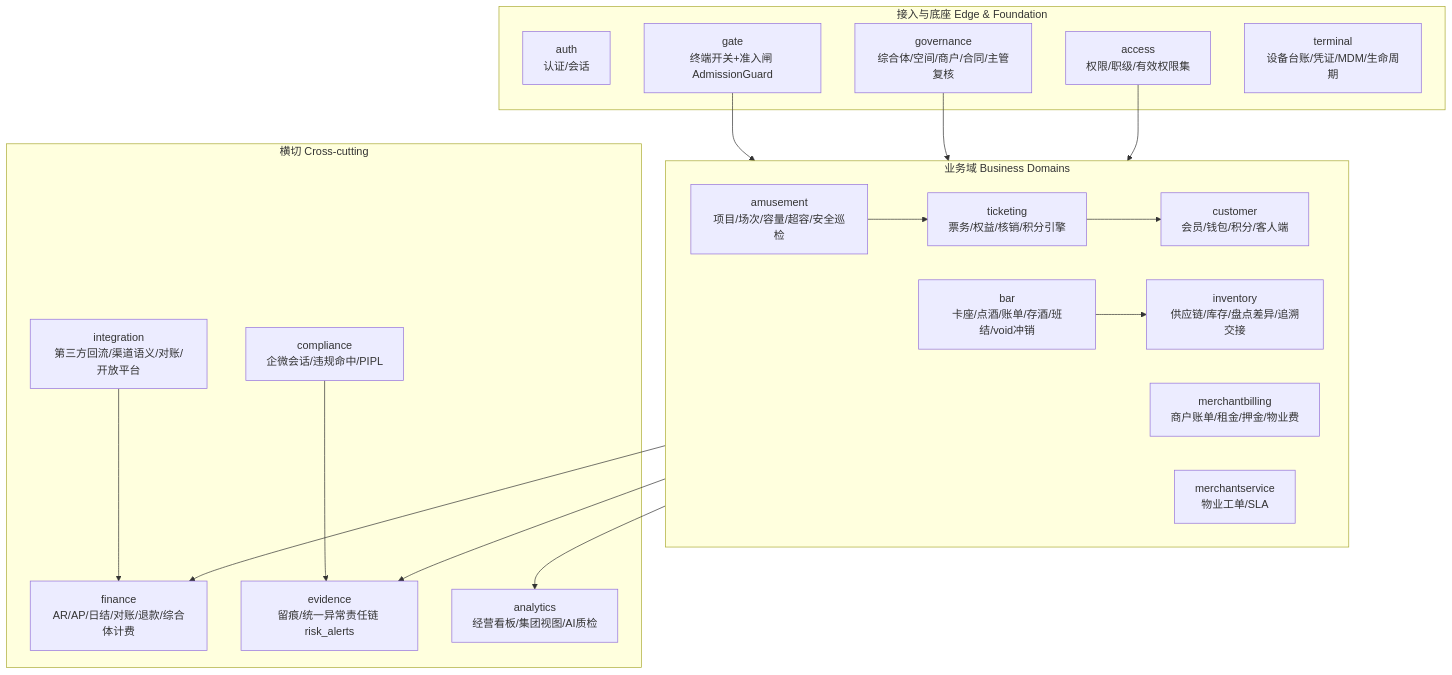
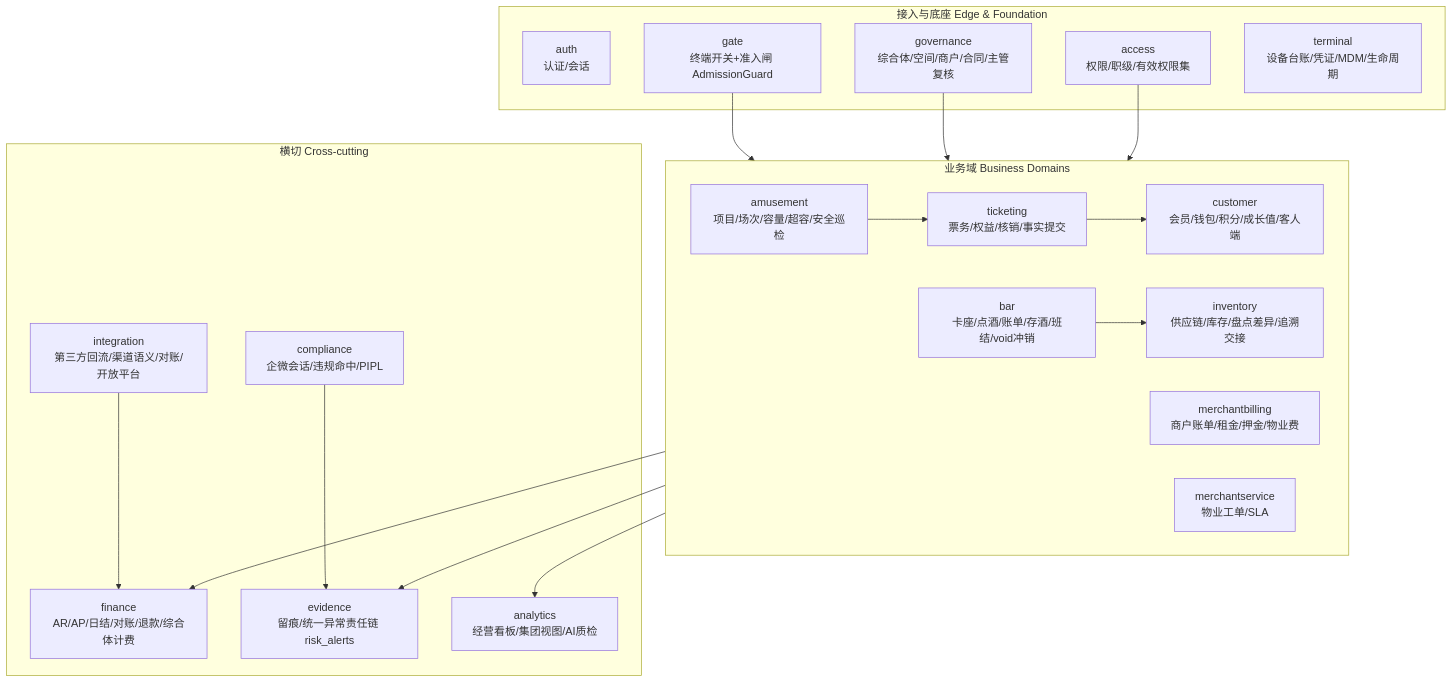
Before and after one commit to jxh1979/mall: the second of 5 diagrams in docs/architecture-overview-v0.1.md, drawn with Mermaid. The commit also changed other lines of this file and 11 other files, not shown here.

Commit message:
docs: 收口 M02 业务分层与总图文档出处对齐

````diff
--- a/docs/architecture-overview-v0.1.md
+++ b/docs/architecture-overview-v0.1.md
@@ -52,40 +52,40 @@
 ```mermaid
 graph TB
   subgraph Edge["接入与底座 Edge & Foundation"]
     AUTH["auth<br/>认证/会话"]
     GATE["gate<br/>终端开关+准入闸 AdmissionGuard"]
     ACCESS["access<br/>权限/职级/有效权限集"]
     GOV["governance<br/>综合体/空间/商户/合同/主管复核"]
     TERM["terminal<br/>设备台账/凭证/MDM/生命周期"]
   end
 
   subgraph Biz["业务域 Business Domains"]
-    TKT["ticketing<br/>票务/权益/核销/积分引擎"]
+    TKT["ticketing<br/>票务/权益/核销/事实提交"]
     BAR["bar<br/>卡座/点酒/账单/存酒/班结/void冲销"]
     INV["inventory<br/>供应链/库存/盘点差异/追溯交接"]
     AMU["amusement<br/>项目/场次/容量/超容/安全巡检"]
-    CUS["customer<br/>会员/钱包/积分/客人端"]
+    CUS["customer<br/>会员/钱包/积分/成长值/客人端"]
     MB["merchantbilling<br/>商户账单/租金/押金/物业费"]
     MS["merchantservice<br/>物业工单/SLA"]
   end
 
   subgraph Cross["横切 Cross-cutting"]
     FIN["finance<br/>AR/AP/日结/对账/退款/综合体计费"]
     EVID["evidence<br/>留痕/统一异常责任链 risk_alerts"]
     INTEG["integration<br/>第三方回流/渠道语义/对账/开放平台"]
     COMP["compliance<br/>企微会话/违规命中/PIPL"]
     ANA["analytics<br/>经营看板/集团视图/AI质检"]
   end
 
   GATE --> Biz
   GOV --> Biz
   ACCESS --> Biz
   Biz --> FIN
   Biz --> EVID
   Biz --> ANA
   INTEG --> FIN
   COMP --> EVID
   TKT --> CUS
   BAR --> INV
   AMU --> TKT
 ```
````
